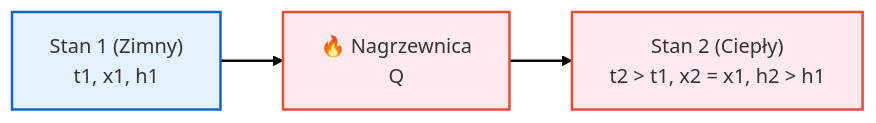
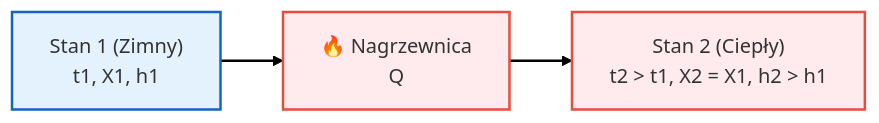
Before and after one commit to moondec/Termodynamika: the second of 3 diagrams in Wyklady/13_Klimatyzacja.qmd, drawn with Mermaid. The commit also changed other lines of this file and 80 other files, not shown here.

````diff
--- a/Wyklady/13_Klimatyzacja.qmd
+++ b/Wyklady/13_Klimatyzacja.qmd
@@ -150,12 +151,12 @@
 ```{mermaid}
 %%| fig-align: center
 %%| fig-width: 8
 %%| fig-height: 1.5
 
 flowchart LR
-    A["Stan 1 (Zimny)<br>t1, x1, h1"] --> H["🔥 Nagrzewnica<br>Q"] --> B["Stan 2 (Ciepły)<br>t2 > t1, x2 = x1, h2 > h1"]
+    A["Stan 1 (Zimny)<br>t1, X1, h1"] --> H["🔥 Nagrzewnica<br>Q"] --> B["Stan 2 (Ciepły)<br>t2 > t1, X2 = X1, h2 > h1"]
     style A fill:#e3f2fd,stroke:#1565c0,stroke-width:2px
     style H fill:#ffebee,stroke:#e74c3c,stroke-width:2px
     style B fill:#ffebee,stroke:#e74c3c,stroke-width:2px
     linkStyle default stroke-width:2px,fill:none,stroke:black
 ```
````
